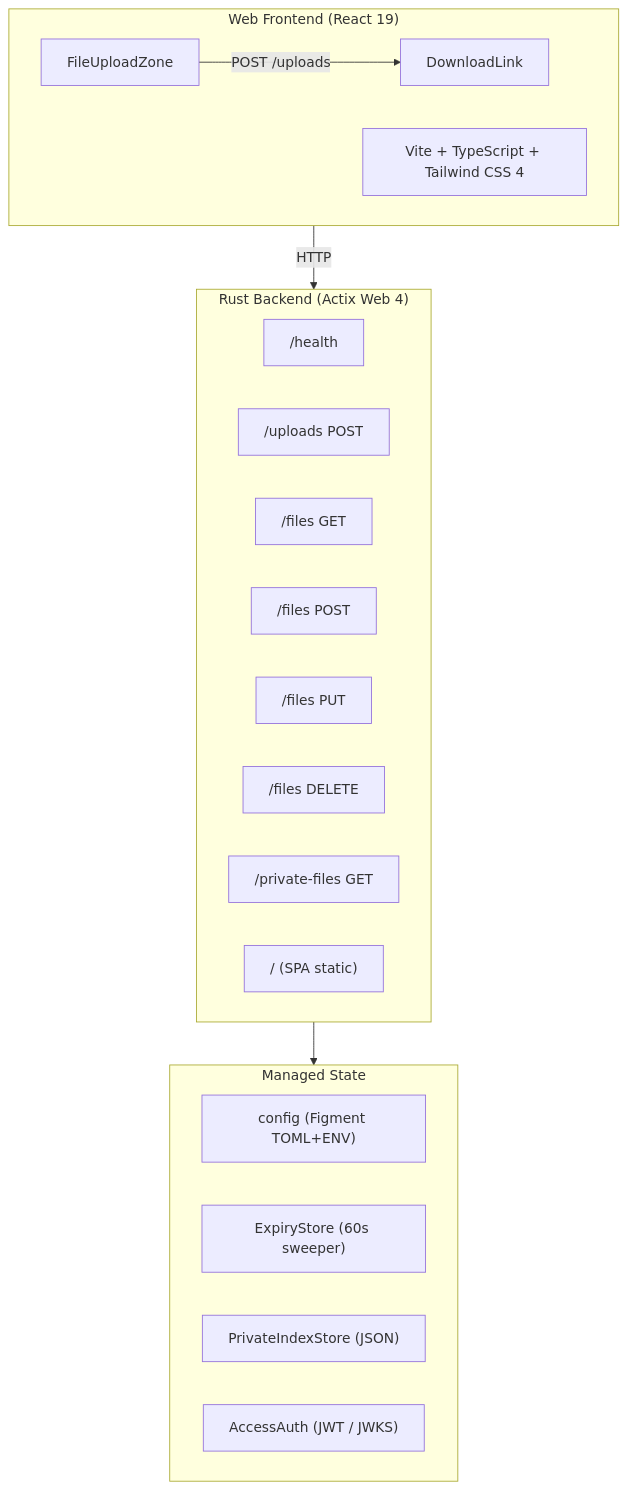
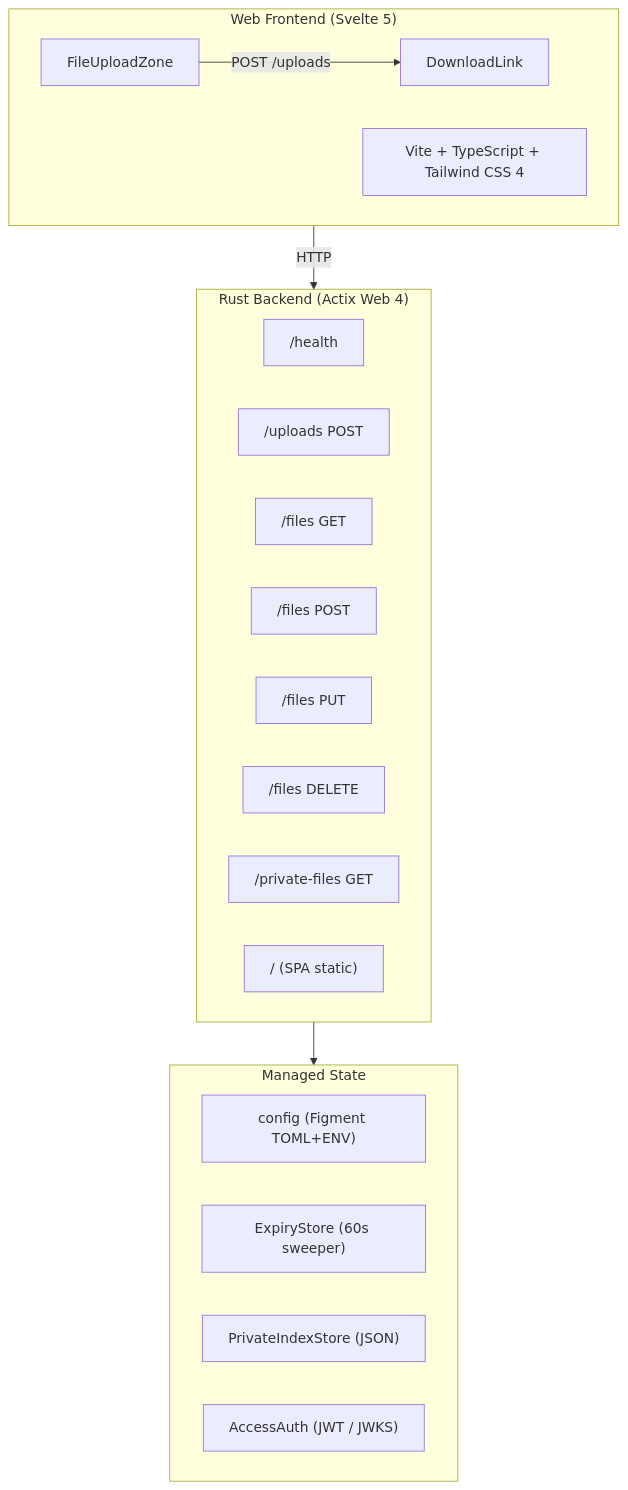
The diagram in README.md (wei840222/folio), drawn with Mermaid before and after one commit. The commit also changed other lines of this file and 47 other files, not shown here.

````diff
--- a/README.md
+++ b/README.md
@@ -32,32 +32,32 @@
 ```mermaid
 flowchart TD
-    subgraph frontend["Web Frontend (React 19)"]
+    subgraph frontend["Web Frontend (Svelte 5)"]
         direction LR
         FE1[FileUploadZone] -->|POST /uploads| FE2[DownloadLink]
         FE_DESC["Vite + TypeScript + Tailwind CSS 4"]
     end
 
     subgraph backend["Rust Backend (Actix Web 4)"]
         direction LR
         R1["/health"]
         R2["/uploads POST"]
         R3["/files GET"]
         R4["/files POST"]
         R5["/files PUT"]
         R6["/files DELETE"]
         R7["/private-files GET"]
         R8["/ (SPA static)"]
     end
 
     frontend -->|HTTP| backend
 
     subgraph state["Managed State"]
         direction LR
         S1["config (Figment TOML+ENV)"]
         S2["ExpiryStore (60s sweeper)"]
         S3["PrivateIndexStore (JSON)"]
         S4["AccessAuth (JWT / JWKS)"]
     end
 
     backend --> state
 ```
````
